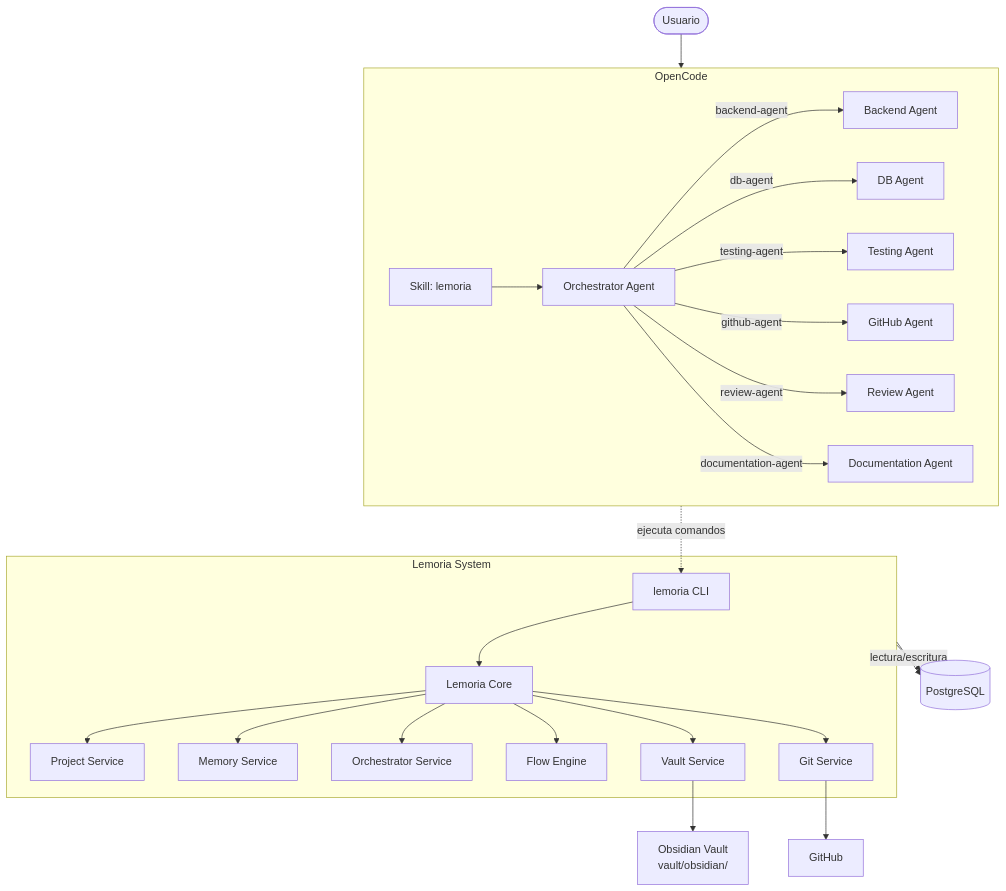
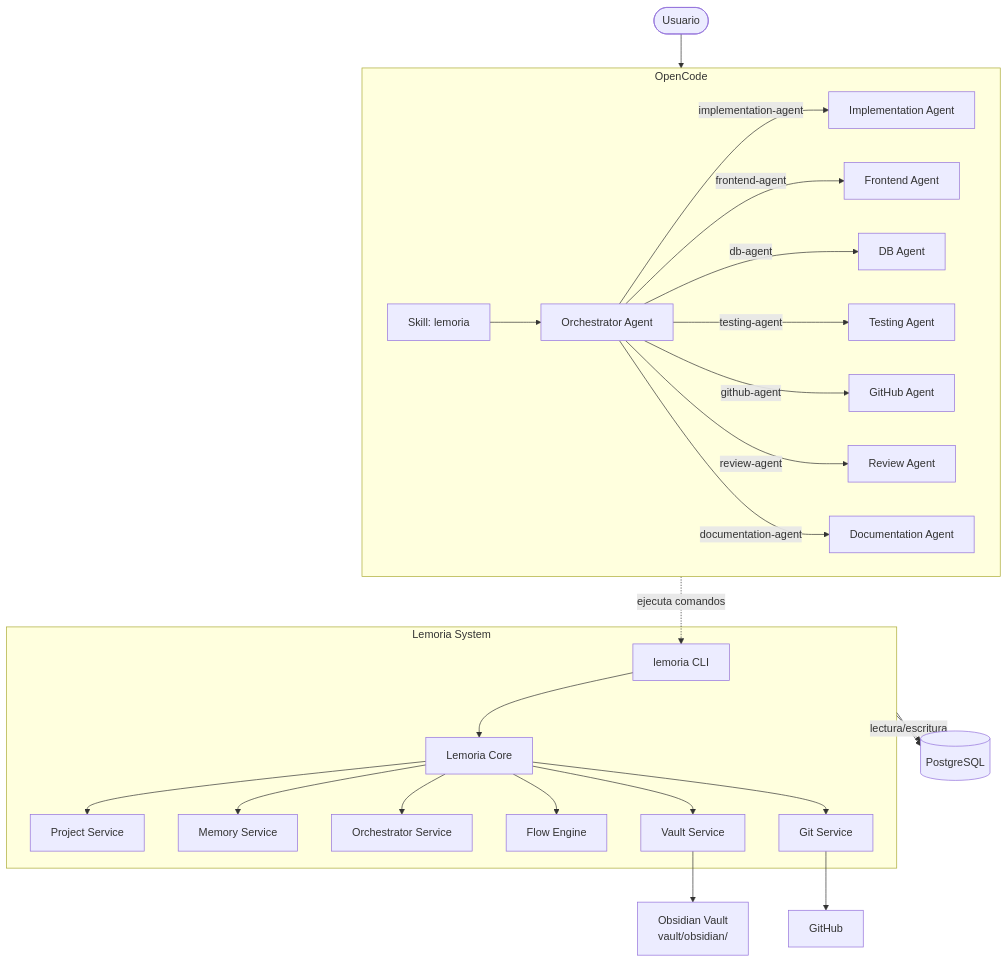
One commit to devcristianlopez/lemoria changed the first of 5 diagrams in docs/ARCHITECTURE.md. Above: the diagram before and after it, drawn with Mermaid. The commit also changed other lines of this file and 134 other files, not shown here.

First line of the commit message:
feat: refactor agents to generic English, add FlowStep state machine, enums, tests, CI, vault restore, Context7, skills [T-302]

````diff
--- a/docs/ARCHITECTURE.md
+++ b/docs/ARCHITECTURE.md
@@ -5,31 +5,32 @@
 ```mermaid
 graph TB
   USER([Usuario]) --> OC[OpenCode]
 
   subgraph OC[OpenCode]
     SKILL[Skill: lemoria] --> OA[Orchestrator Agent]
-    OA -->|backend-agent| BA[Backend Agent]
+    OA -->|implementation-agent| IA[Implementation Agent]
+    OA -->|frontend-agent| FA[Frontend Agent]
     OA -->|db-agent| DA[DB Agent]
     OA -->|testing-agent| TA[Testing Agent]
     OA -->|github-agent| GA[GitHub Agent]
     OA -->|review-agent| RA[Review Agent]
     OA -->|documentation-agent| DOA[Documentation Agent]
   end
 
   subgraph LEMORIA[Lemoria System]
     CLI[lemoria CLI] --> CORE[Lemoria Core]
     CORE --> PS[Project Service]
     CORE --> MS[Memory Service]
     CORE --> ORCH[Orchestrator Service]
     CORE --> FE[Flow Engine]
     CORE --> VS[Vault Service]
     CORE --> GS[Git Service]
   end
 
   LEMORIA --> DB[(PostgreSQL)]
   VS --> OBSIDIAN[Obsidian Vault<br/>vault/obsidian/]
   GS --> GITHUB[GitHub]
 
   OC -.->|ejecuta comandos| CLI
   LEMORIA -->|lectura/escritura| DB
 ```
````
